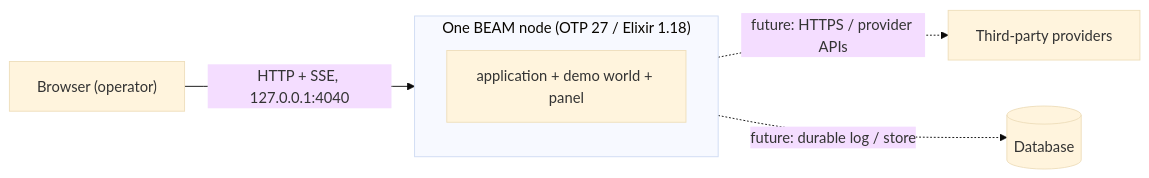
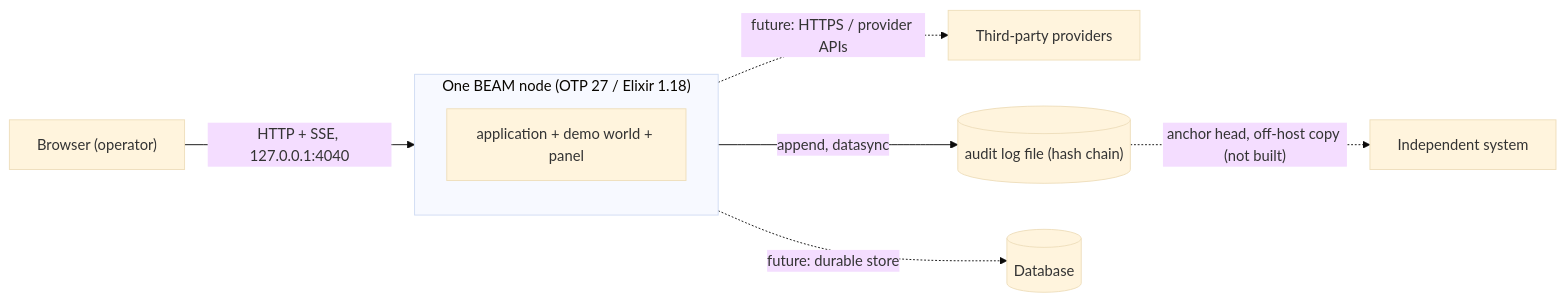
Before and after one commit to robbrown-net/actor-tx-spike: the third of 3 diagrams in docs/architecture/05-system-structure.md, drawn with Mermaid (base theme). The commit also changed other lines of this file and 6 other files, not shown here.

First line of the commit message:
docs: update architecture docs for money, audit chain and economics

````diff
--- a/docs/architecture/05-system-structure.md
+++ b/docs/architecture/05-system-structure.md
@@ -109,9 +132,11 @@
 ```mermaid
 flowchart LR
     B["Browser (operator)"] -- "HTTP + SSE, 127.0.0.1:4040" --> N
     subgraph N["One BEAM node (OTP 27 / Elixir 1.18)"]
         A["application + demo world + panel"]
     end
     N -. "future: HTTPS / provider APIs" .-> P["Third-party providers"]
-    N -. "future: durable log / store" .-> D[("Database")]
+    N -- "append, datasync" --> L[("audit log file (hash chain)")]
+    N -. "future: durable store" .-> D[("Database")]
+    L -. "anchor head, off-host copy (not built)" .-> X["Independent system"]
 ```
````
